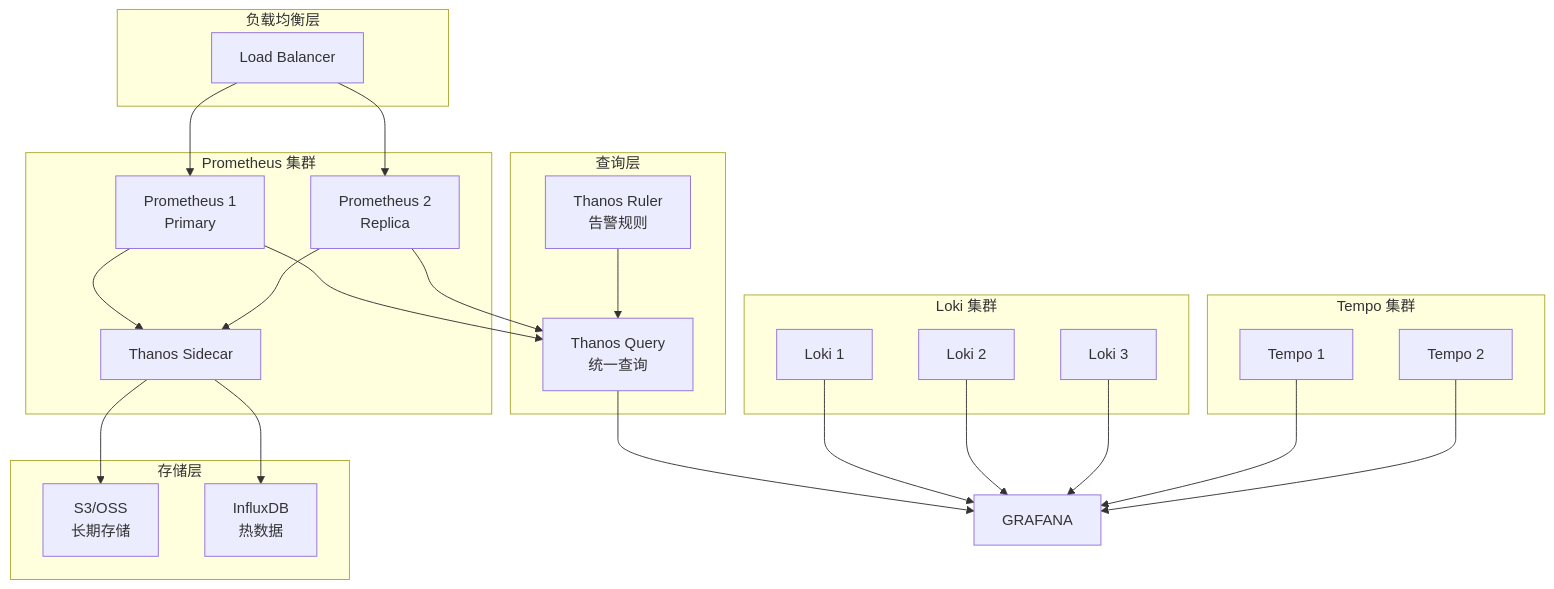
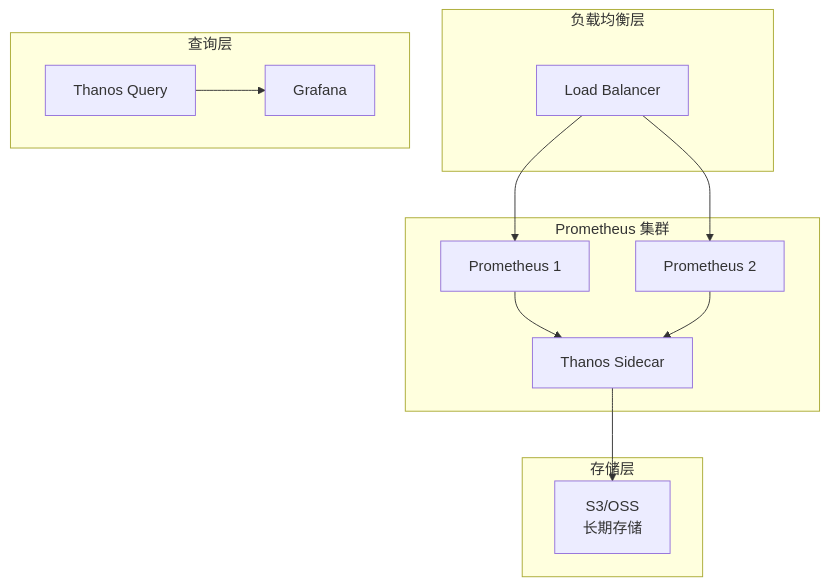
Before and after one commit to wssaidong/caishaodong.blog: the seventh of 8 diagrams in src/content/docs/api-gateway/higress/79731151-higress-observability-architecture-guide.md, drawn with Mermaid. The commit also changed other lines of this file and 1 other file, not shown here.

````diff
--- a/src/content/docs/api-gateway/higress/79731151-higress-observability-architecture-guide.md
+++ b/src/content/docs/api-gateway/higress/79731151-higress-observability-architecture-guide.md
@@ -3475,54 +1264,28 @@
 ```mermaid
 flowchart TB
     subgraph "负载均衡层"
         LB[Load Balancer]
     end
-    
+
     subgraph "Prometheus 集群"
-        PROM1[Prometheus 1<br/>Primary]
-        PROM2[Prometheus 2<br/>Replica]
+        PROM1[Prometheus 1]
+        PROM2[Prometheus 2]
         THANOS[Thanos Sidecar]
     end
-    
+
     subgraph "存储层"
         S3[S3/OSS<br/>长期存储]
-        INFLUXDB[InfluxDB<br/>热数据]
     end
-    
+
     subgraph "查询层"
-        THANOS_Q[Thanos Query<br/>统一查询]
-        THANOS_R[Thanos Ruler<br/>告警规则]
+        THANOS_Q[Thanos Query]
+        GRAFANA[Grafana]
     end
-    
-    subgraph "Loki 集群"
-        LOKI1[Loki 1]
-        LOKI2[Loki 2]
-        LOKI3[Loki 3]
-    end
-    
-    subgraph "Tempo 集群"
-        TEMPO1[Tempo 1]
-        TEMPO2[Tempo 2]
-    end
-    
+
     LB --> PROM1
     LB --> PROM2
-    
     PROM1 --> THANOS
     PROM2 --> THANOS
     THANOS --> S3
-    THANOS --> INFLUXDB
-    
-    PROM1 --> THANOS_Q
-    PROM2 --> THANOS_Q
-    THANOS_R --> THANOS_Q
-    
     THANOS_Q --> GRAFANA
-    
-    LOKI1 --> GRAFANA
-    LOKI2 --> GRAFANA
-    LOKI3 --> GRAFANA
-    
-    TEMPO1 --> GRAFANA
-    TEMPO2 --> GRAFANA
 ```
````
